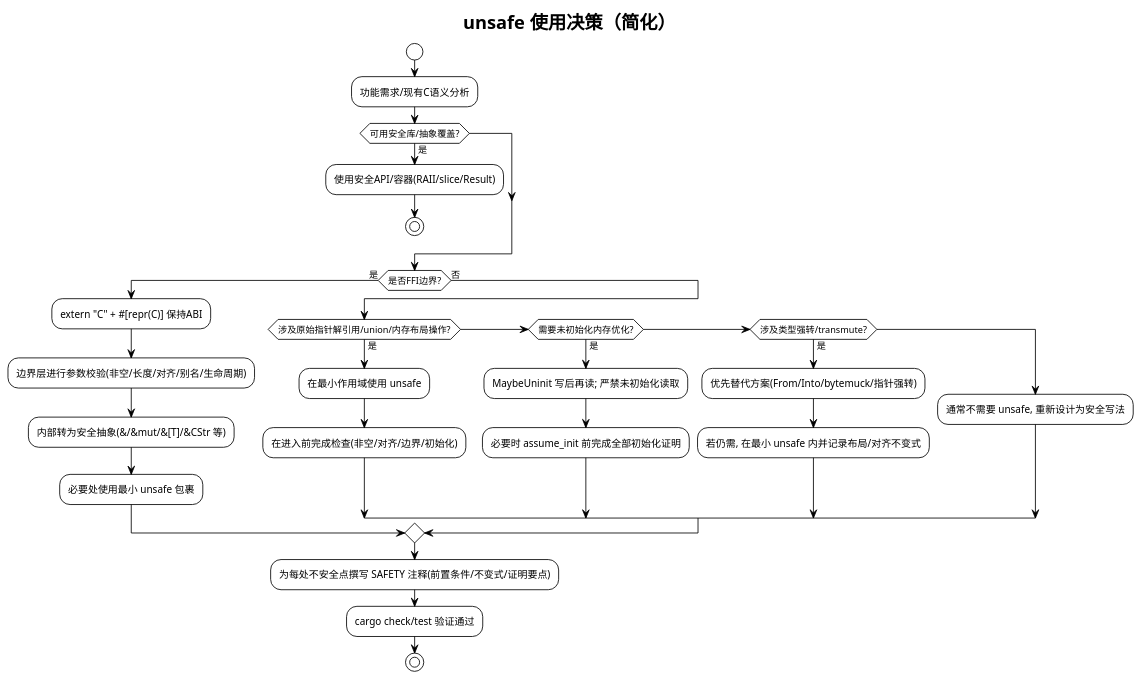
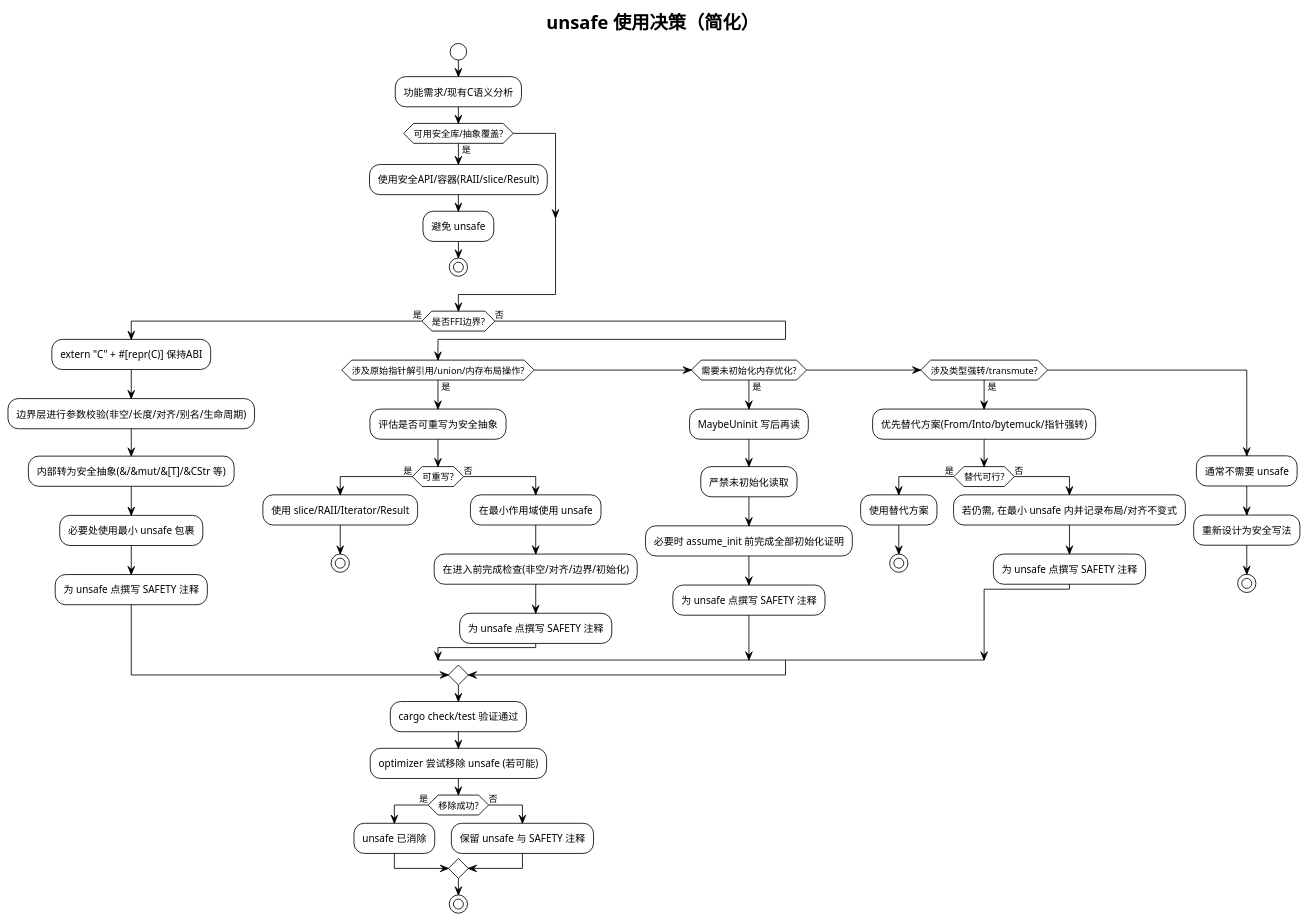
Diagram 59 of 60 in 技术报告.md (skyfireitdiy/Jarvis), drawn with PlantUML before and after one commit. The commit also changed other lines of this file, not shown here.

````diff
--- a/技术报告.md
+++ b/技术报告.md
@@ -4391,34 +4412,58 @@
 ```plantuml
 @startuml
 !theme plain
 title unsafe 使用决策（简化）
 start
 :功能需求/现有C语义分析;
 if (可用安全库/抽象覆盖?) then (是)
   :使用安全API/容器(RAII/slice/Result);
+  :避免 unsafe;
   stop
 endif
 if (是否FFI边界?) then (是)
   :extern "C" + #[repr(C)] 保持ABI;
   :边界层进行参数校验(非空/长度/对齐/别名/生命周期);
   :内部转为安全抽象(&/&mut/&[T]/&CStr 等);
   :必要处使用最小 unsafe 包裹;
+  :为 unsafe 点撰写 SAFETY 注释;
 else (否)
   if (涉及原始指针解引用/union/内存布局操作?) then (是)
-    :在最小作用域使用 unsafe;
-    :在进入前完成检查(非空/对齐/边界/初始化);
+    :评估是否可重写为安全抽象;
+    if (可重写?) then (是)
+      :使用 slice/RAII/Iterator/Result;
+      stop
+    else (否)
+      :在最小作用域使用 unsafe;
+      :在进入前完成检查(非空/对齐/边界/初始化);
+      :为 unsafe 点撰写 SAFETY 注释;
+    endif
   else if (需要未初始化内存优化?) then (是)
-    :MaybeUninit 写后再读; 严禁未初始化读取;
+    :MaybeUninit 写后再读;
+    :严禁未初始化读取;
     :必要时 assume_init 前完成全部初始化证明;
+    :为 unsafe 点撰写 SAFETY 注释;
   else if (涉及类型强转/transmute?) then (是)
     :优先替代方案(From/Into/bytemuck/指针强转);
-    :若仍需, 在最小 unsafe 内并记录布局/对齐不变式;
+    if (替代可行?) then (是)
+      :使用替代方案;
+      stop
+    else (否)
+      :若仍需, 在最小 unsafe 内并记录布局/对齐不变式;
+      :为 unsafe 点撰写 SAFETY 注释;
+    endif
   else
-    :通常不需要 unsafe, 重新设计为安全写法;
+    :通常不需要 unsafe;
+    :重新设计为安全写法;
+    stop
   endif
 endif
-:为每处不安全点撰写 SAFETY 注释(前置条件/不变式/证明要点);
 :cargo check/test 验证通过;
+:optimizer 尝试移除 unsafe (若可能);
+if (移除成功?) then (是)
+  :unsafe 已消除;
+else (否)
+  :保留 unsafe 与 SAFETY 注释;
+endif
 stop
 @enduml
 ```
````
